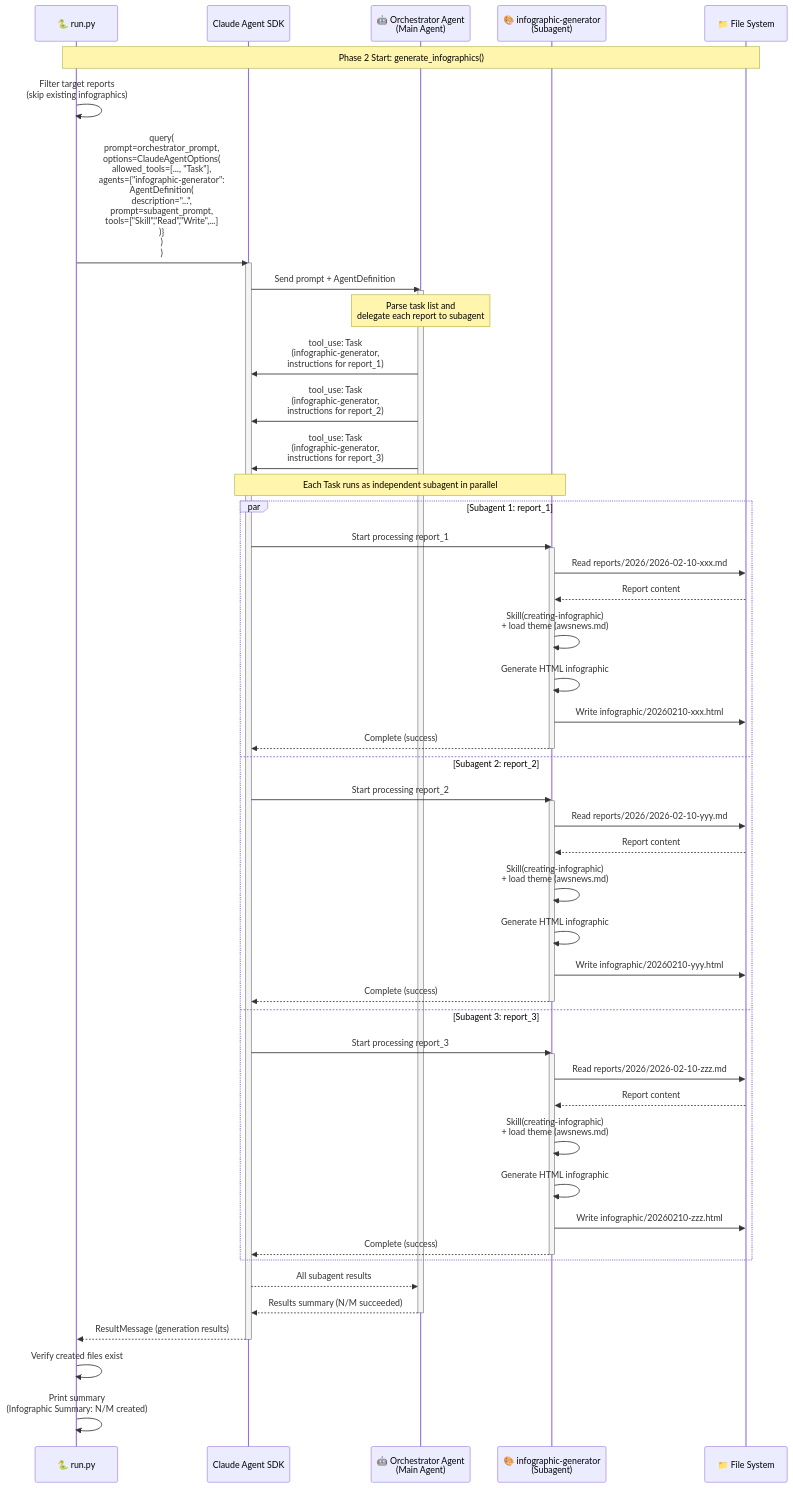
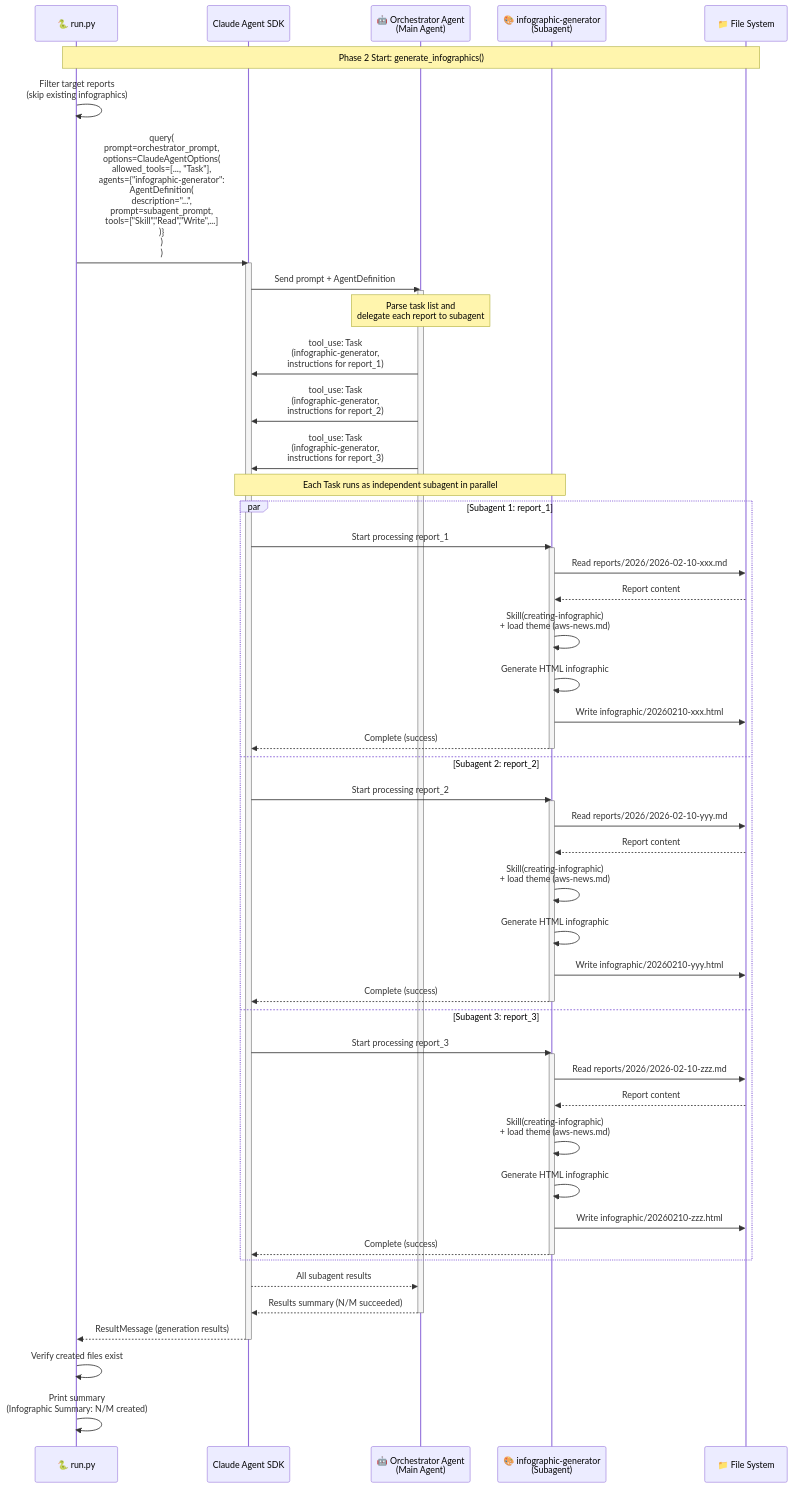
Before and after one commit to takech9203/awsnews-summary: the fourth of 4 diagrams in README-en.md, drawn with Mermaid. The commit also changed other lines of this file and 17 other files, not shown here.

First line of the commit message:
refactor: rename skill directory from awsnews-summary to aws-news-summary

````diff
--- a/README-en.md
+++ b/README-en.md
@@ -373,68 +373,68 @@
 ```mermaid
 sequenceDiagram
     participant RunPy as 🐍 run.py
     participant SDK as Claude Agent SDK
     participant Orch as 🤖 Orchestrator Agent<br/>(Main Agent)
     participant Sub as 🎨 infographic-generator<br/>(Subagent)
     participant FS as 📁 File System
 
     Note over RunPy,FS: Phase 2 Start: generate_infographics()
 
     RunPy->>RunPy: Filter target reports<br/>(skip existing infographics)
 
     RunPy->>SDK: query(<br/>  prompt=orchestrator_prompt,<br/>  options=ClaudeAgentOptions(<br/>    allowed_tools=[..., "Task"],<br/>    agents={"infographic-generator":<br/>      AgentDefinition(<br/>        description="...",<br/>        prompt=subagent_prompt,<br/>        tools=["Skill","Read","Write",...]<br/>      )}<br/>  )<br/>)
     activate SDK
 
     SDK->>Orch: Send prompt + AgentDefinition
     activate Orch
 
     Note over Orch: Parse task list and<br/>delegate each report to subagent
 
     Orch->>SDK: tool_use: Task<br/>(infographic-generator,<br/>instructions for report_1)
     Orch->>SDK: tool_use: Task<br/>(infographic-generator,<br/>instructions for report_2)
     Orch->>SDK: tool_use: Task<br/>(infographic-generator,<br/>instructions for report_3)
 
     Note over SDK,Sub: Each Task runs as independent subagent in parallel
 
     par Subagent 1: report_1
         SDK->>Sub: Start processing report_1
         activate Sub
         Sub->>FS: Read reports/2026/2026-02-10-xxx.md
         FS-->>Sub: Report content
-        Sub->>Sub: Skill(creating-infographic)<br/>+ load theme (awsnews.md)
+        Sub->>Sub: Skill(creating-infographic)<br/>+ load theme (aws-news.md)
         Sub->>Sub: Generate HTML infographic
         Sub->>FS: Write infographic/20260210-xxx.html
         Sub-->>SDK: Complete (success)
         deactivate Sub
     and Subagent 2: report_2
         SDK->>Sub: Start processing report_2
         activate Sub
         Sub->>FS: Read reports/2026/2026-02-10-yyy.md
         FS-->>Sub: Report content
-        Sub->>Sub: Skill(creating-infographic)<br/>+ load theme (awsnews.md)
+        Sub->>Sub: Skill(creating-infographic)<br/>+ load theme (aws-news.md)
         Sub->>Sub: Generate HTML infographic
         Sub->>FS: Write infographic/20260210-yyy.html
         Sub-->>SDK: Complete (success)
         deactivate Sub
     and Subagent 3: report_3
         SDK->>Sub: Start processing report_3
         activate Sub
         Sub->>FS: Read reports/2026/2026-02-10-zzz.md
         FS-->>Sub: Report content
-        Sub->>Sub: Skill(creating-infographic)<br/>+ load theme (awsnews.md)
+        Sub->>Sub: Skill(creating-infographic)<br/>+ load theme (aws-news.md)
         Sub->>Sub: Generate HTML infographic
         Sub->>FS: Write infographic/20260210-zzz.html
         Sub-->>SDK: Complete (success)
         deactivate Sub
     end
 
     SDK-->>Orch: All subagent results
     Orch-->>SDK: Results summary (N/M succeeded)
     deactivate Orch
 
     SDK-->>RunPy: ResultMessage (generation results)
     deactivate SDK
 
     RunPy->>RunPy: Verify created files exist
     RunPy->>RunPy: Print summary<br/>(Infographic Summary: N/M created)
 ```
````
